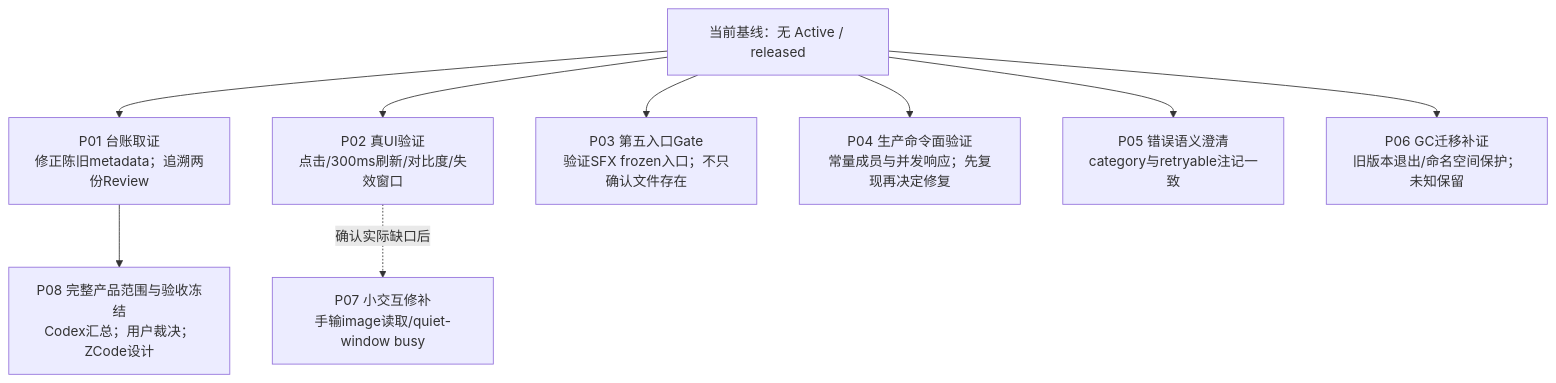
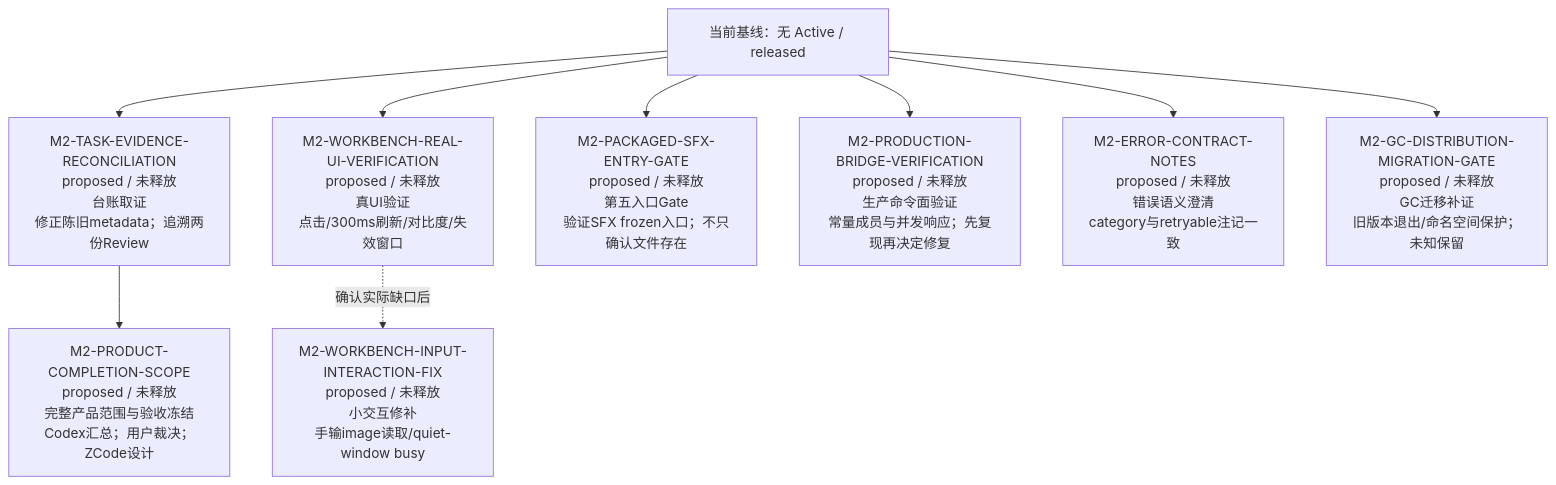
Before and after one commit to peakwheat-pixel/New-Manga: the second of 4 diagrams in verification/PROJECT-ROADMAP-20261008/ROADMAP.md, drawn with Mermaid. The commit also changed other lines of this file and 8 other files, not shown here.

Commit message:
docs: unify proposed roadmap tasks under M2 identifiers

````diff
--- a/verification/PROJECT-ROADMAP-20261008/ROADMAP.md
+++ b/verification/PROJECT-ROADMAP-20261008/ROADMAP.md
@@ -26,11 +26,11 @@
 ```mermaid
 flowchart TB
-  BASE["当前基线：无 Active / released"] --> P01["P01 台账取证<br/>修正陈旧metadata；追溯两份Review"]
-  BASE --> P02["P02 真UI验证<br/>点击/300ms刷新/对比度/失效窗口"]
-  BASE --> P03["P03 第五入口Gate<br/>验证SFX frozen入口；不只确认文件存在"]
-  BASE --> P04["P04 生产命令面验证<br/>常量成员与并发响应；先复现再决定修复"]
-  BASE --> P05["P05 错误语义澄清<br/>category与retryable注记一致"]
-  BASE --> P06["P06 GC迁移补证<br/>旧版本退出/命名空间保护；未知保留"]
-  P02 -. "确认实际缺口后" .-> P07["P07 小交互修补<br/>手输image读取/quiet-window busy"]
-  P01 --> S["P08 完整产品范围与验收冻结<br/>Codex汇总；用户裁决；ZCode设计"]
+  BASE["当前基线：无 Active / released"] --> M2-TASK-EVIDENCE-RECONCILIATION["M2-TASK-EVIDENCE-RECONCILIATION<br/>proposed / 未释放<br/>台账取证<br/>修正陈旧metadata；追溯两份Review"]
+  BASE --> M2-WORKBENCH-REAL-UI-VERIFICATION["M2-WORKBENCH-REAL-UI-VERIFICATION<br/>proposed / 未释放<br/>真UI验证<br/>点击/300ms刷新/对比度/失效窗口"]
+  BASE --> M2-PACKAGED-SFX-ENTRY-GATE["M2-PACKAGED-SFX-ENTRY-GATE<br/>proposed / 未释放<br/>第五入口Gate<br/>验证SFX frozen入口；不只确认文件存在"]
+  BASE --> M2-PRODUCTION-BRIDGE-VERIFICATION["M2-PRODUCTION-BRIDGE-VERIFICATION<br/>proposed / 未释放<br/>生产命令面验证<br/>常量成员与并发响应；先复现再决定修复"]
+  BASE --> M2-ERROR-CONTRACT-NOTES["M2-ERROR-CONTRACT-NOTES<br/>proposed / 未释放<br/>错误语义澄清<br/>category与retryable注记一致"]
+  BASE --> M2-GC-DISTRIBUTION-MIGRATION-GATE["M2-GC-DISTRIBUTION-MIGRATION-GATE<br/>proposed / 未释放<br/>GC迁移补证<br/>旧版本退出/命名空间保护；未知保留"]
+  M2-WORKBENCH-REAL-UI-VERIFICATION -. "确认实际缺口后" .-> M2-WORKBENCH-INPUT-INTERACTION-FIX["M2-WORKBENCH-INPUT-INTERACTION-FIX<br/>proposed / 未释放<br/>小交互修补<br/>手输image读取/quiet-window busy"]
+  M2-TASK-EVIDENCE-RECONCILIATION --> S["M2-PRODUCT-COMPLETION-SCOPE<br/>proposed / 未释放<br/>完整产品范围与验收冻结<br/>Codex汇总；用户裁决；ZCode设计"]
 ```
````
